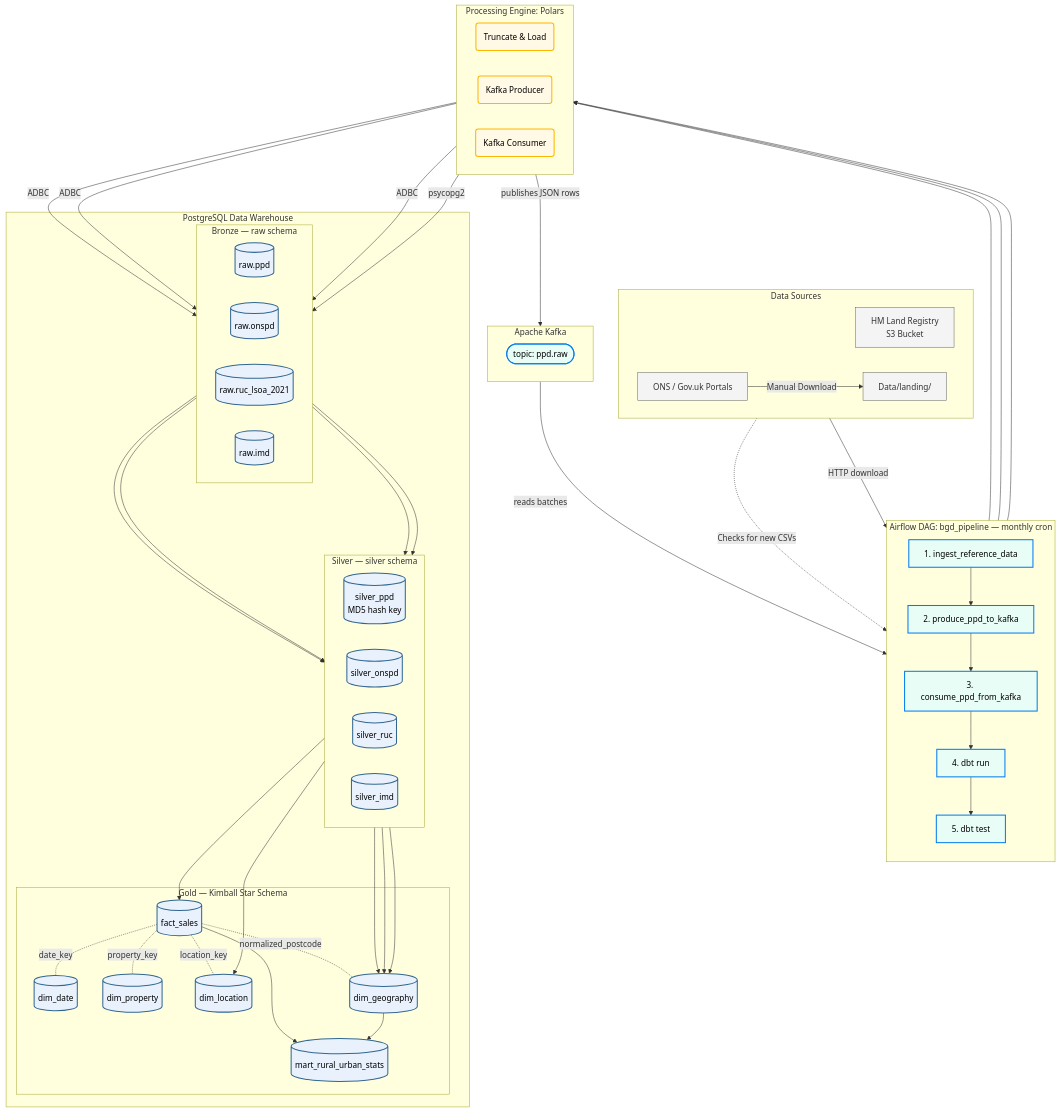
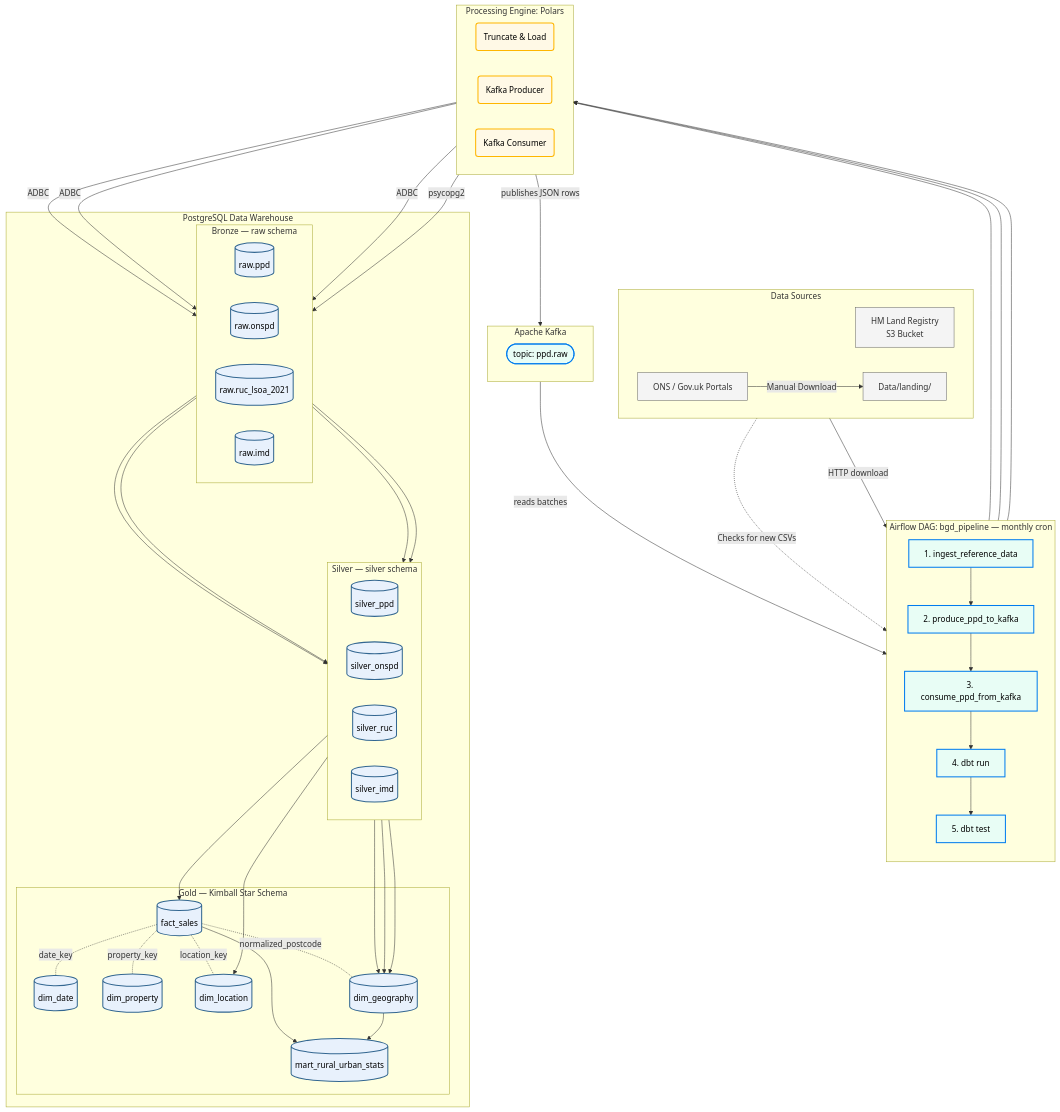
The diagram in README.md (mjacobik/uk-property-data-warehouse), drawn with Mermaid before and after one commit. The commit also changed other lines of this file, not shown here.

Commit message:
docs: updated diagram and README.md

```diff
--- a/README.md
+++ b/README.md
@@ -97,7 +98,7 @@
 
         subgraph Silver ["Silver — silver schema"]
             direction LR
-            S_ppd[("silver_ppd<br>MD5 hash key")]:::postgres
+            S_ppd[("silver_ppd")]:::postgres
             S_onspd[("silver_onspd")]:::postgres
             S_ruc[("silver_ruc")]:::postgres
             S_imd[("silver_imd")]:::postgres
```
